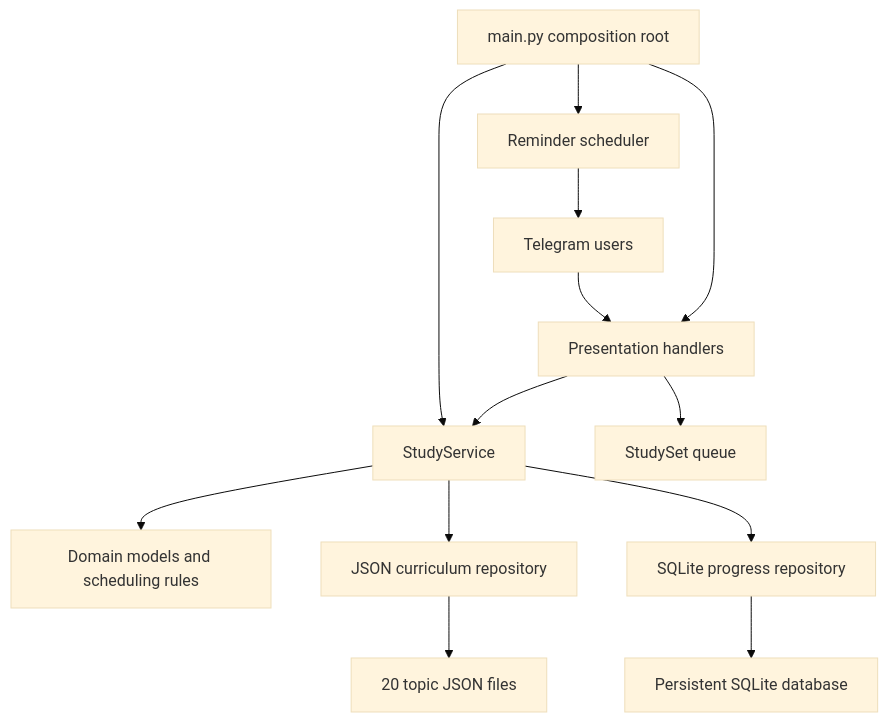
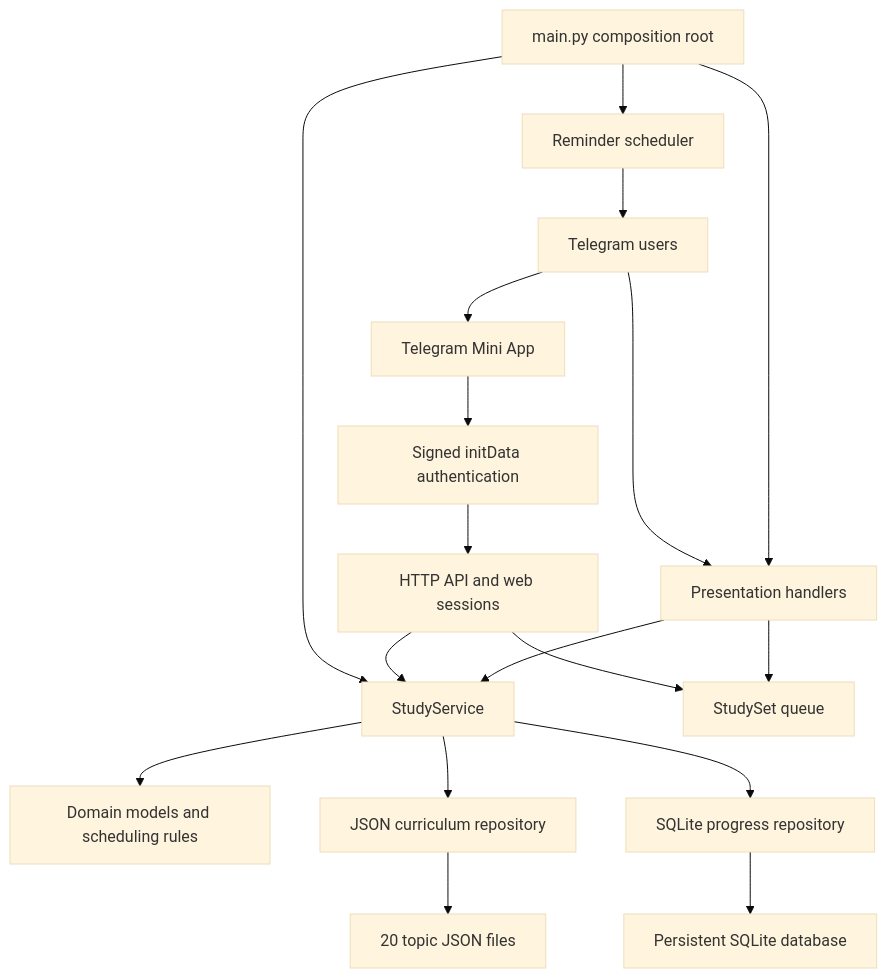
Before and after one commit to SofiiaVarich/QuantumMechanics-FU: the first of 2 diagrams in ARCHITECTURE.md, drawn with Mermaid (base theme). The commit also changed other lines of this file and 30 other files, not shown here.

Commit message:
added the topics  added the mini app in telegram

````diff
--- a/ARCHITECTURE.md
+++ b/ARCHITECTURE.md
@@ -45,15 +49,20 @@
 ```mermaid
 flowchart TD
     Telegram[Telegram users] --> Handlers[Presentation handlers]
     Main[main.py composition root] --> Handlers
     Main --> Service[StudyService]
     Main --> Reminders[Reminder scheduler]
+    Telegram --> MiniApp[Telegram Mini App]
+    MiniApp --> Auth[Signed initData authentication]
+    Auth --> API[HTTP API and web sessions]
+    API --> Service
+    API --> Session
     Handlers --> Service
     Handlers --> Session[StudySet queue]
     Service --> Models[Domain models and scheduling rules]
     Service --> Curriculum[JSON curriculum repository]
     Service --> Progress[SQLite progress repository]
     Curriculum --> Topics[20 topic JSON files]
     Progress --> SQLite[Persistent SQLite database]
     Reminders --> Telegram
 ```
````
